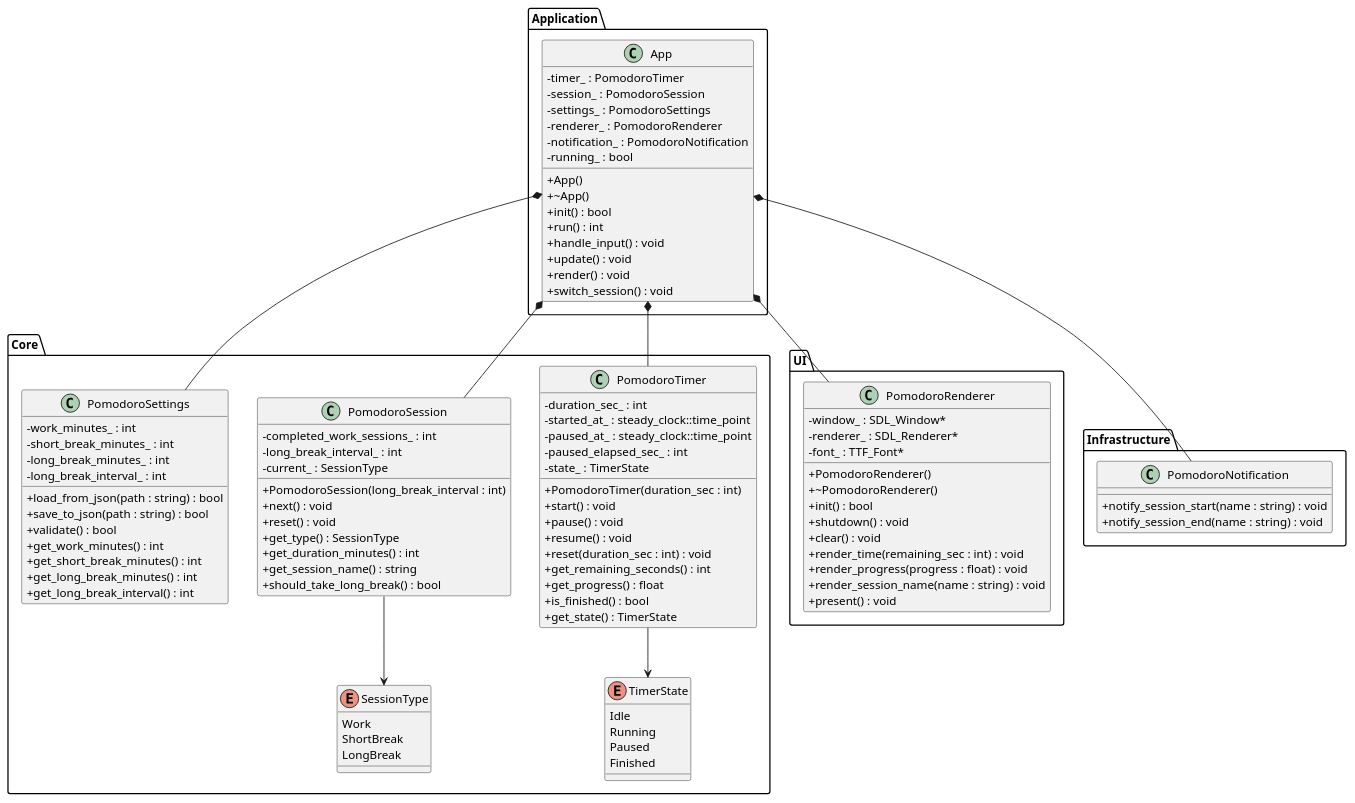
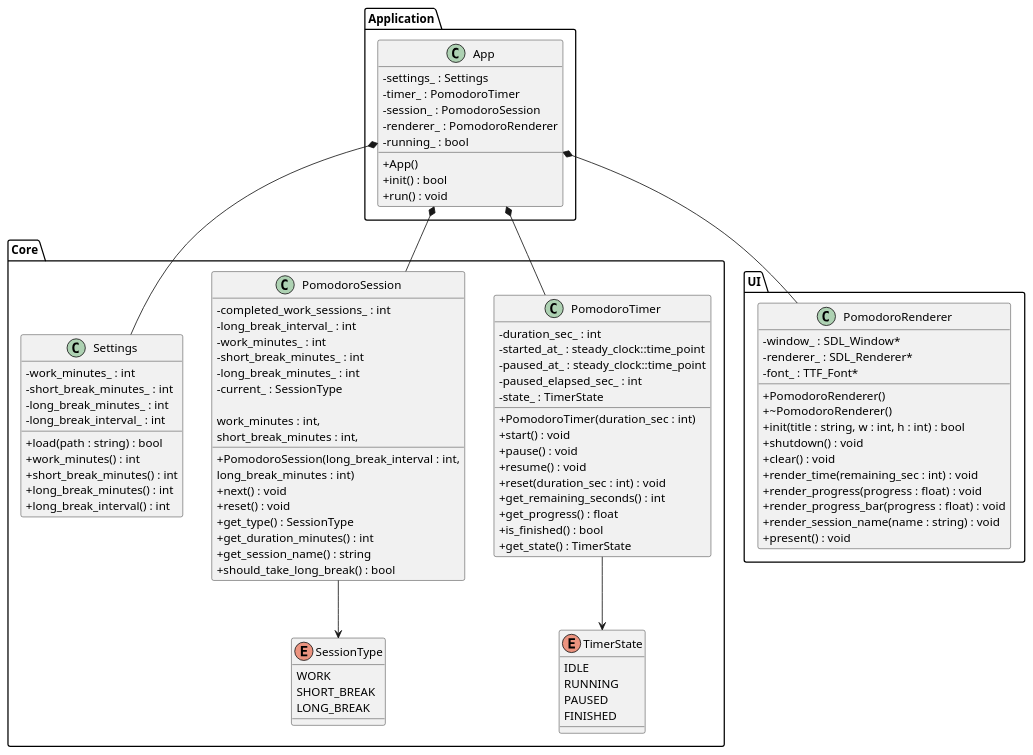
One commit to user4032438215/pomodoro-sdl2 changed the diagram in pomodoro/docs/test.puml. Above: the diagram before and after it, drawn with PlantUML.

Commit message:
docs(test,puml):ちょっと変更

```diff
--- a/pomodoro/docs/test.puml
+++ b/pomodoro/docs/test.puml
@@ -1,125 +1,115 @@
 @startuml
 
 skinparam classAttributeIconSize 0
 
 package "Core" {
 
     enum SessionType {
-        Work
-        ShortBreak
-        LongBreak
+        WORK
+        SHORT_BREAK
+        LONG_BREAK
     }
 
     enum TimerState {
-        Idle
-        Running
-        Paused
-        Finished
+        IDLE
+        RUNNING
+        PAUSED
+        FINISHED
     }
 
     class PomodoroTimer {
         - duration_sec_ : int
         - started_at_ : steady_clock::time_point
         - paused_at_ : steady_clock::time_point
         - paused_elapsed_sec_ : int
         - state_ : TimerState
 
         + PomodoroTimer(duration_sec : int)
         + start() : void
         + pause() : void
         + resume() : void
         + reset(duration_sec : int) : void
         + get_remaining_seconds() : int
         + get_progress() : float
         + is_finished() : bool
         + get_state() : TimerState
     }
 
     class PomodoroSession {
         - completed_work_sessions_ : int
         - long_break_interval_ : int
+        - work_minutes_ : int
+        - short_break_minutes_ : int
+        - long_break_minutes_ : int
         - current_ : SessionType
 
-        + PomodoroSession(long_break_interval : int)
+        + PomodoroSession(long_break_interval : int,
+                          work_minutes : int,
+                          short_break_minutes : int,
+                          long_break_minutes : int)
         + next() : void
         + reset() : void
         + get_type() : SessionType
         + get_duration_minutes() : int
         + get_session_name() : string
         + should_take_long_break() : bool
     }
 
-    class PomodoroSettings {
+    class Settings {
         - work_minutes_ : int
         - short_break_minutes_ : int
         - long_break_minutes_ : int
         - long_break_interval_ : int
 
-        + load_from_json(path : string) : bool
-        + save_to_json(path : string) : bool
-        + validate() : bool
-        + get_work_minutes() : int
-        + get_short_break_minutes() : int
-        + get_long_break_minutes() : int
-        + get_long_break_interval() : int
+        + load(path : string) : bool
+        + work_minutes() : int
+        + short_break_minutes() : int
+        + long_break_minutes() : int
+        + long_break_interval() : int
     }
 }
 
 package "UI" {
 
     class PomodoroRenderer {
         - window_ : SDL_Window*
         - renderer_ : SDL_Renderer*
         - font_ : TTF_Font*
 
         + PomodoroRenderer()
         + ~PomodoroRenderer()
-        + init() : bool
+        + init(title : string, w : int, h : int) : bool
         + shutdown() : void
         + clear() : void
         + render_time(remaining_sec : int) : void
         + render_progress(progress : float) : void
+        + render_progress_bar(progress : float) : void
         + render_session_name(name : string) : void
         + present() : void
-    }
-}
-
-package "Infrastructure" {
-
-    class PomodoroNotification {
-        + notify_session_start(name : string) : void
-        + notify_session_end(name : string) : void
     }
 }
 
 package "Application" {
 
     class App {
+        - settings_ : Settings
         - timer_ : PomodoroTimer
         - session_ : PomodoroSession
-        - settings_ : PomodoroSettings
         - renderer_ : PomodoroRenderer
-        - notification_ : PomodoroNotification
         - running_ : bool
 
         + App()
-        + ~App()
         + init() : bool
-        + run() : int
-        + handle_input() : void
-        + update() : void
-        + render() : void
-        + switch_session() : void
+        + run() : void
     }
 }
 
 App *-- PomodoroTimer
 App *-- PomodoroSession
-App *-- PomodoroSettings
+App *-- Settings
 App *-- PomodoroRenderer
-App *-- PomodoroNotification
 
 PomodoroSession --> SessionType
 PomodoroTimer --> TimerState
 
 @enduml
```
